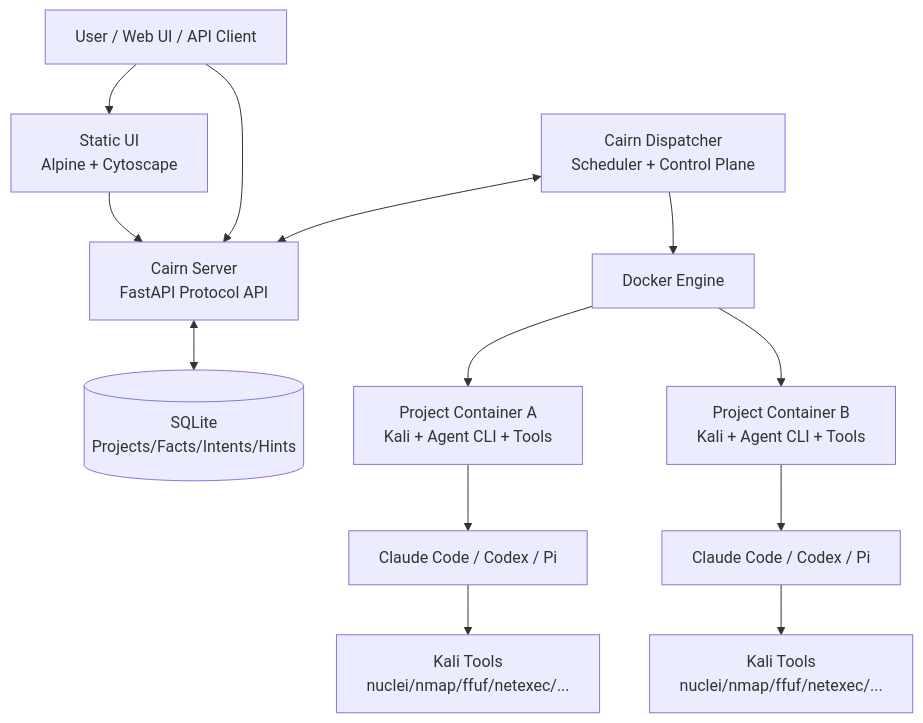
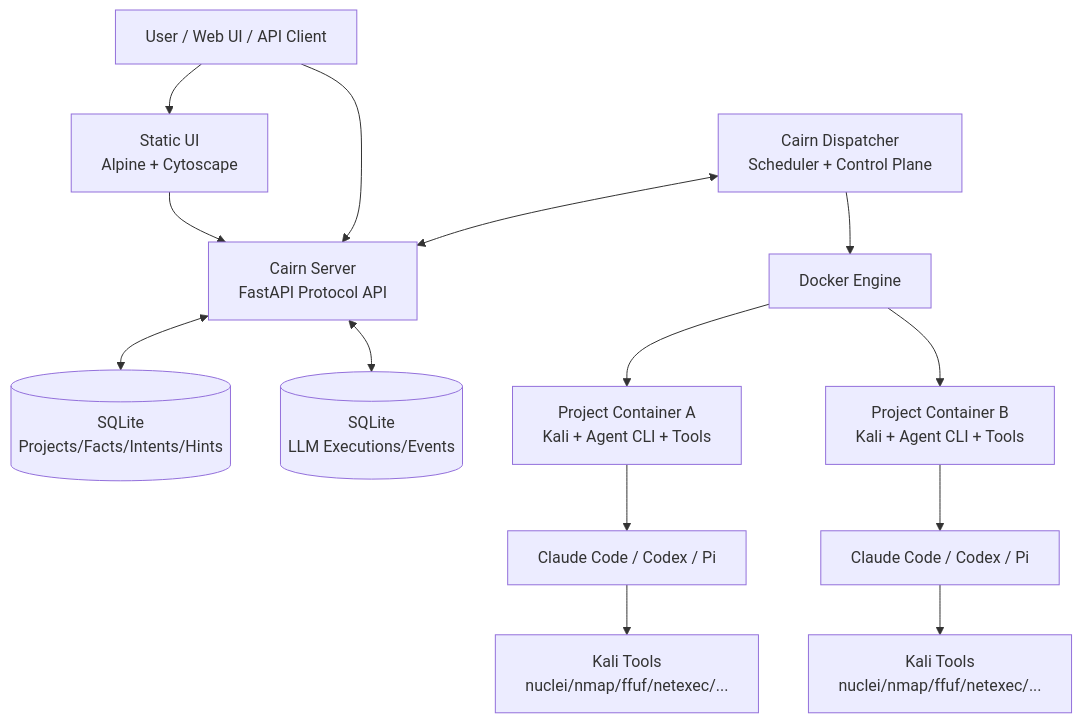
The first of 7 diagrams in AI/ARCHITECTURE.md (j7ur8/Cairn), drawn with Mermaid before and after one commit. The commit also changed other lines of this file and 25 other files, not shown here.

````diff
--- a/AI/ARCHITECTURE.md
+++ b/AI/ARCHITECTURE.md
@@ -109,28 +121,30 @@
 ```mermaid
 flowchart TB
     User[User / Web UI / API Client]
     UI[Static UI<br/>Alpine + Cytoscape]
     Server[Cairn Server<br/>FastAPI Protocol API]
     DB[(SQLite<br/>Projects/Facts/Intents/Hints)]
+    ObsDB[(SQLite<br/>LLM Executions/Events)]
     Dispatcher[Cairn Dispatcher<br/>Scheduler + Control Plane]
     Docker[Docker Engine]
     ContainerA[Project Container A<br/>Kali + Agent CLI + Tools]
     ContainerB[Project Container B<br/>Kali + Agent CLI + Tools]
     WorkerA[Claude Code / Codex / Pi]
     WorkerB[Claude Code / Codex / Pi]
     ToolsA[Kali Tools<br/>nuclei/nmap/ffuf/netexec/...]
     ToolsB[Kali Tools<br/>nuclei/nmap/ffuf/netexec/...]
 
     User --> UI
     UI --> Server
     User --> Server
     Server <--> DB
+    Server <--> ObsDB
     Dispatcher <--> Server
     Dispatcher --> Docker
     Docker --> ContainerA
     Docker --> ContainerB
     ContainerA --> WorkerA
     ContainerB --> WorkerB
     WorkerA --> ToolsA
     WorkerB --> ToolsB
 ```
````
